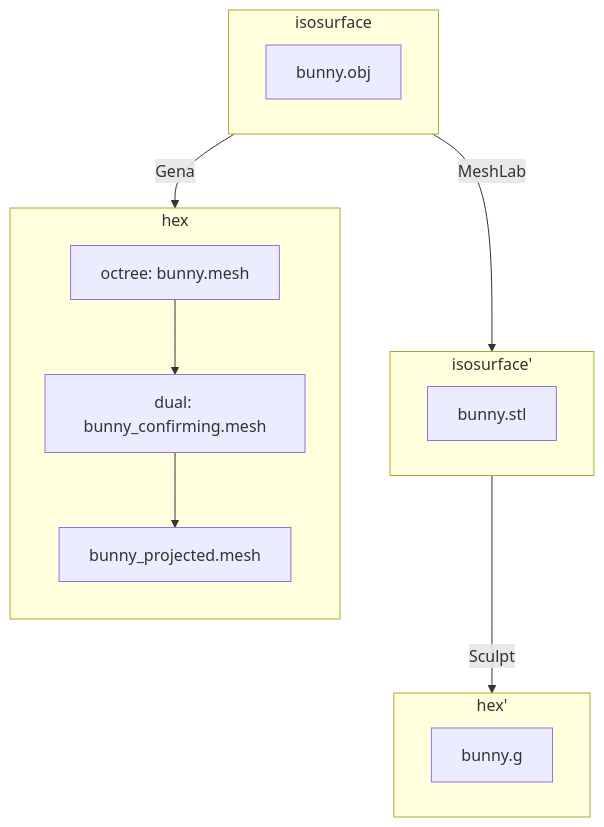
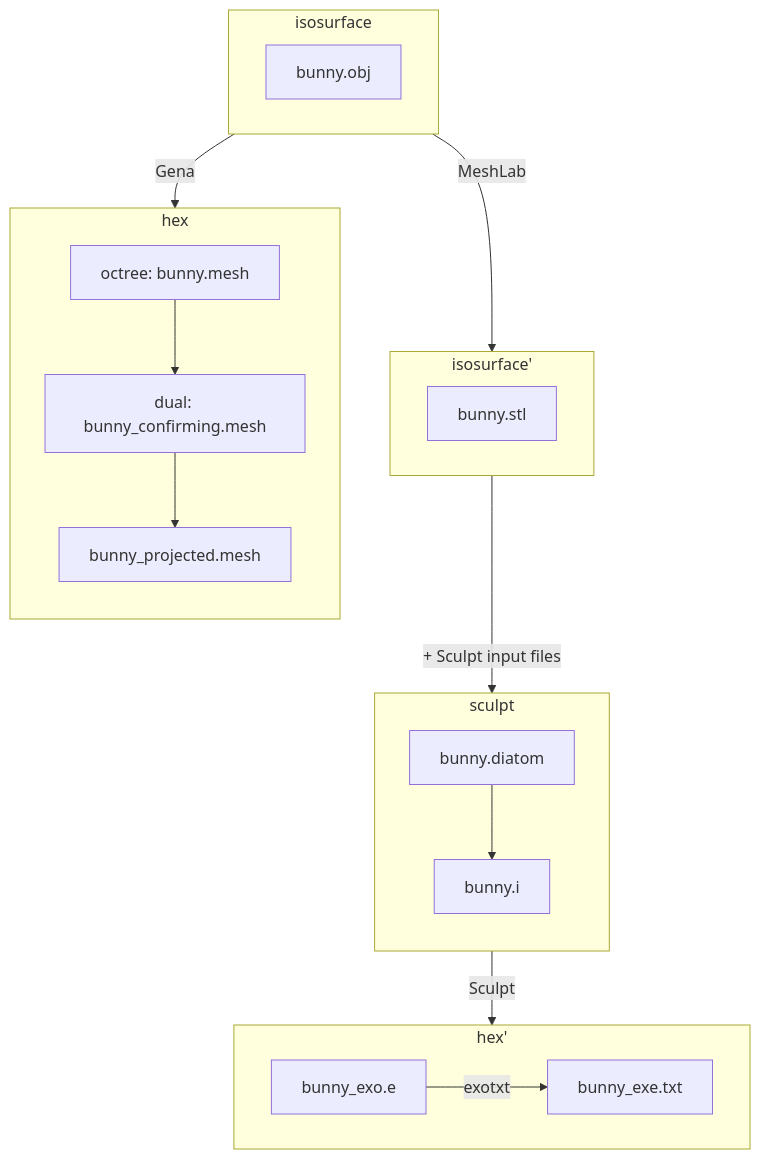
One commit to sandialabs/sibl changed the second of 2 diagrams in geo/doc/cinolib/bunny.md. Above: the diagram before and after it, drawn with Mermaid. The commit also changed 6 other files, not shown here.

````diff
--- a/geo/doc/cinolib/bunny.md
+++ b/geo/doc/cinolib/bunny.md
@@ -33,20 +33,25 @@
 ```mermaid
   flowchart
     subgraph isosurface
       a[bunny.obj]
     end
     subgraph isosurface'
       b[bunny.stl]
     end
     subgraph hex'
-      bunny.g
+      bunny_exo.e -- exotxt --> bunny_exe.txt
     end
     subgraph hex
       direction TB
       c1[octree: bunny.mesh]-->c2[dual: bunny_confirming.mesh]
       c2-->c3[bunny_projected.mesh]
     end
+    subgraph sculpt
+      direction TB
+      d1[bunny.diatom] --> d2[bunny.i]
+    end
     isosurface-- MeshLab --> isosurface'
-    isosurface'-- Sculpt --> hex'
+    isosurface'-- + Sculpt input files --> sculpt
+    sculpt -- Sculpt --> hex'
     isosurface-- Gena --> hex
 ```
````
